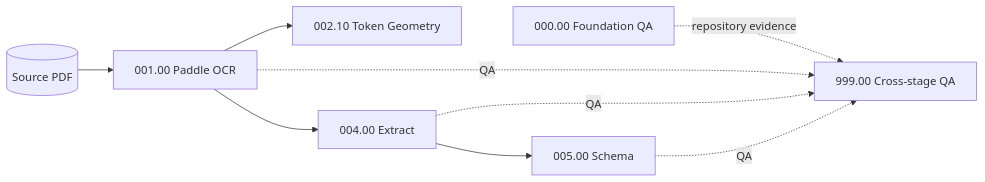
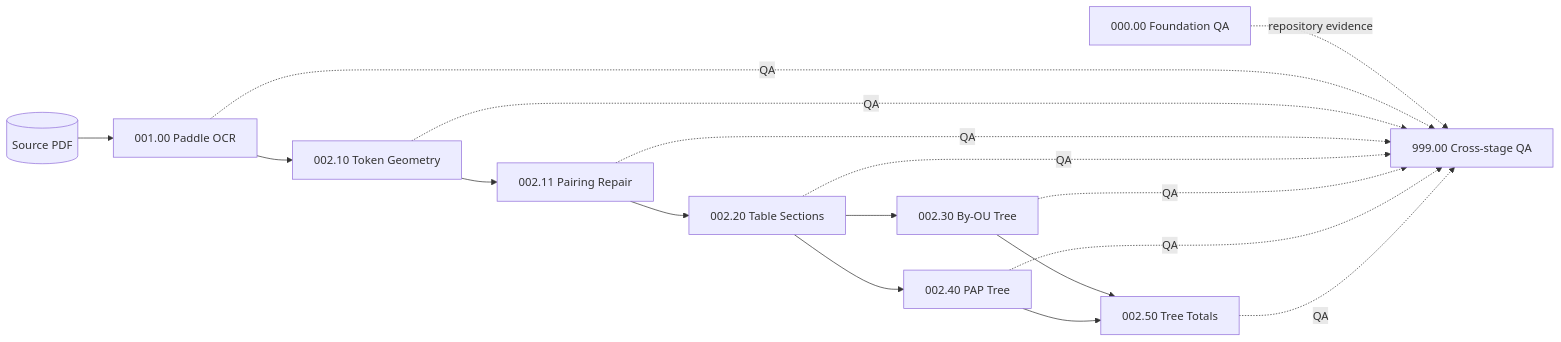
One commit to csiiiv/paddle-pdf-ocr-v2 changed the first of 2 diagrams in docs/ETL_DAG.md. Above: the diagram before and after it, drawn with Mermaid. The commit also changed other lines of this file and 76 other files, not shown here.

````diff
--- a/docs/ETL_DAG.md
+++ b/docs/ETL_DAG.md
@@ -24,19 +24,30 @@
 ```mermaid
 flowchart LR
     PDF[(Source PDF)]
     F[000.00 Foundation QA]
     P[001.00 Paddle OCR]
     G[002.10 Token Geometry]
-    E[004.00 Extract]
-    S[005.00 Schema]
+    R[002.11 Pairing Repair]
+    T[002.20 Table Sections]
+    B[002.30 By-OU Tree]
+    A[002.40 PAP Tree]
+    V[002.50 Tree Totals]
     Q[999.00 Cross-stage QA]
 
     PDF --> P
     P --> G
-    P --> E
-    E --> S
+    G --> R
+    R --> T
+    T --> B
+    T --> A
+    B --> V
+    A --> V
     F -. repository evidence .-> Q
     P -. QA .-> Q
-    E -. QA .-> Q
-    S -. QA .-> Q
+    G -. QA .-> Q
+    R -. QA .-> Q
+    T -. QA .-> Q
+    B -. QA .-> Q
+    A -. QA .-> Q
+    V -. QA .-> Q
 ```
````
